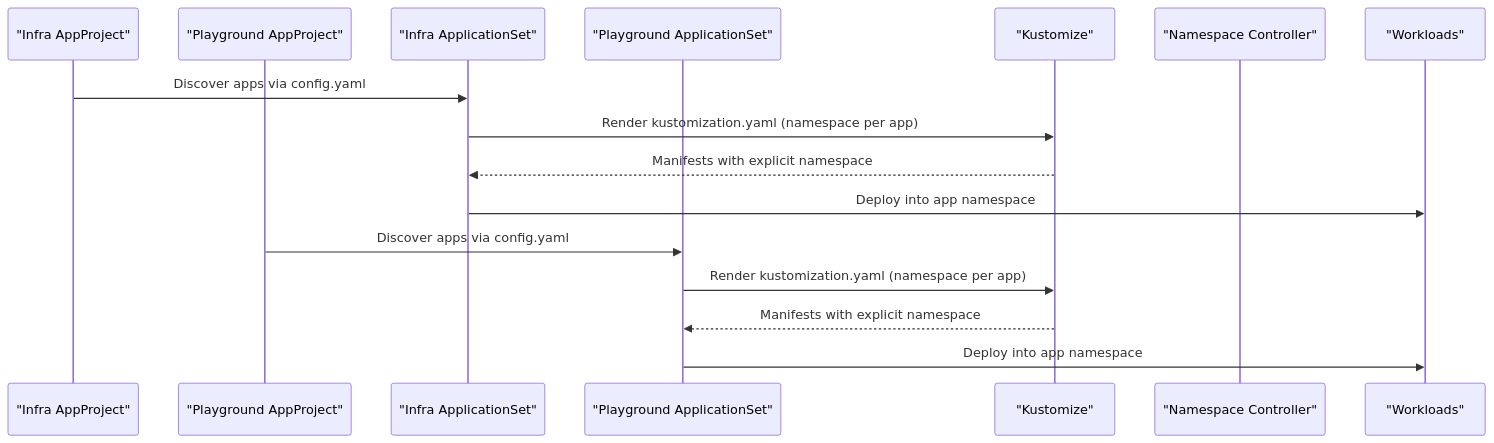
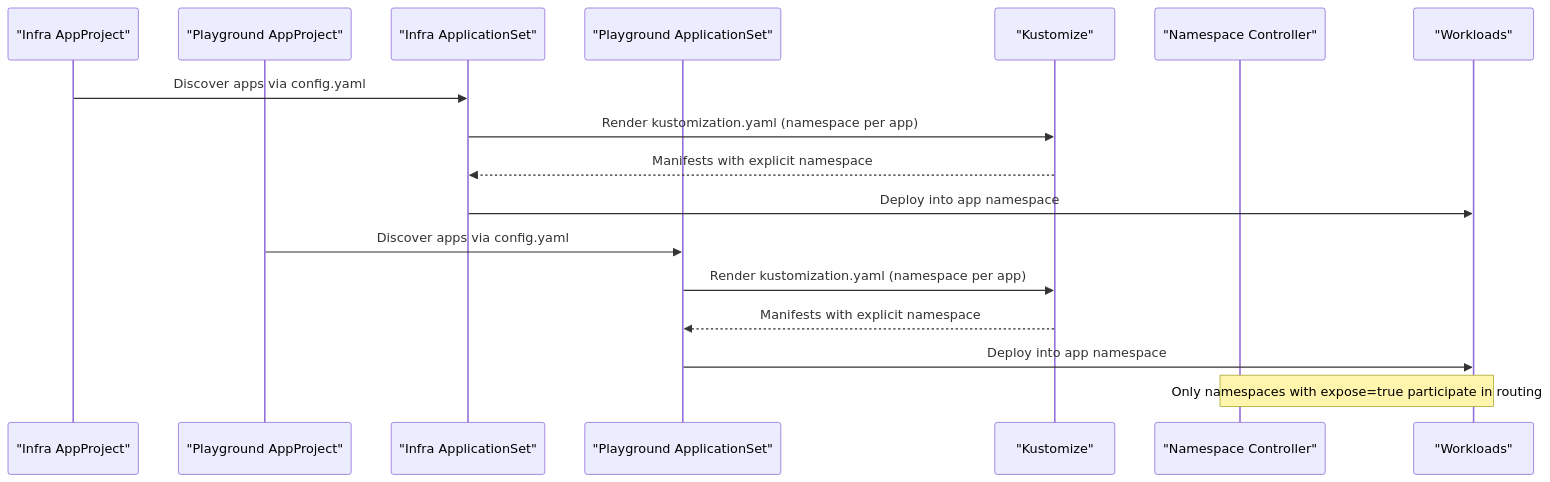
Before and after one commit to Hoangvu75/k8s_manifest: the seventh of 9 diagrams in .qoder/repowiki/en/content/Application Configuration/Namespace Management and Isolation.md, drawn with Mermaid. The commit also changed other lines of this file and 5 other files, not shown here.

````diff
--- a/.qoder/repowiki/en/content/Application Configuration/Namespace Management and Isolation.md
+++ b/.qoder/repowiki/en/content/Application Configuration/Namespace Management and Isolation.md
@@ -248,18 +277,19 @@
 ```mermaid
 sequenceDiagram
 participant InfraProj as "Infra AppProject"
 participant PlayProj as "Playground AppProject"
 participant InfraSet as "Infra ApplicationSet"
 participant PlaySet as "Playground ApplicationSet"
 participant Kust as "Kustomize"
 participant NS as "Namespace Controller"
 participant Workload as "Workloads"
 InfraProj->>InfraSet : Discover apps via config.yaml
 InfraSet->>Kust : Render kustomization.yaml (namespace per app)
 Kust-->>InfraSet : Manifests with explicit namespace
 InfraSet->>Workload : Deploy into app namespace
 PlayProj->>PlaySet : Discover apps via config.yaml
 PlaySet->>Kust : Render kustomization.yaml (namespace per app)
 Kust-->>PlaySet : Manifests with explicit namespace
 PlaySet->>Workload : Deploy into app namespace
+Note over NS,Workload : Only namespaces with expose=true participate in routing
 ```
````
